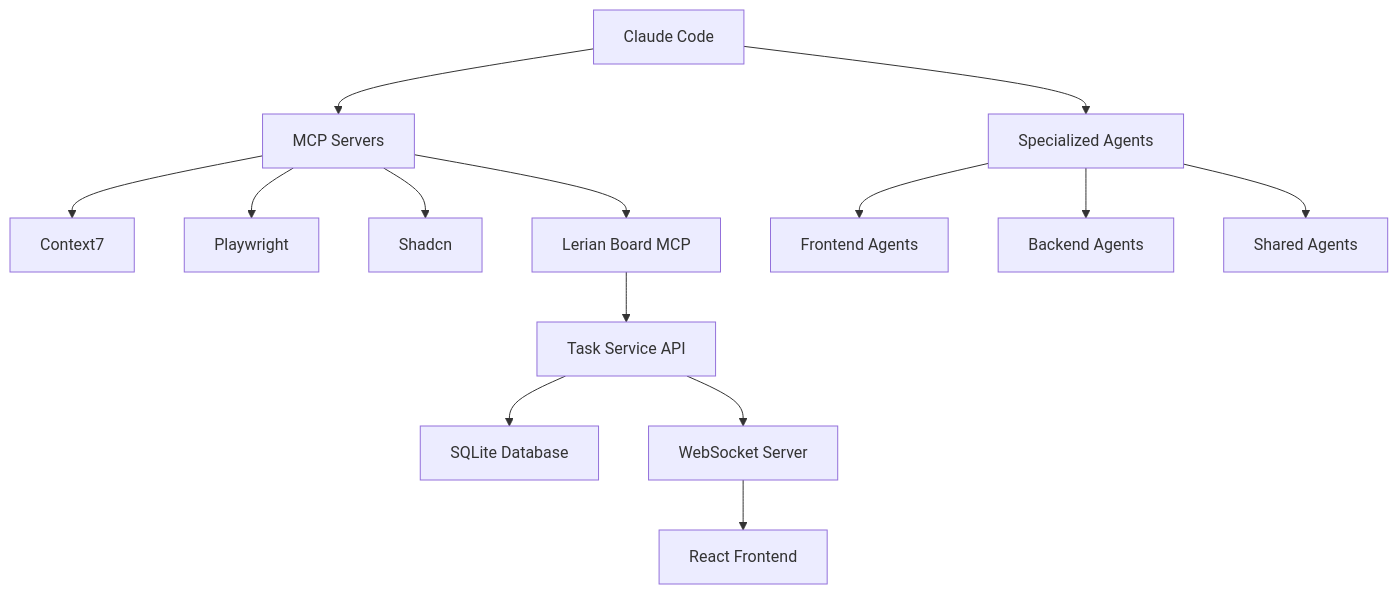
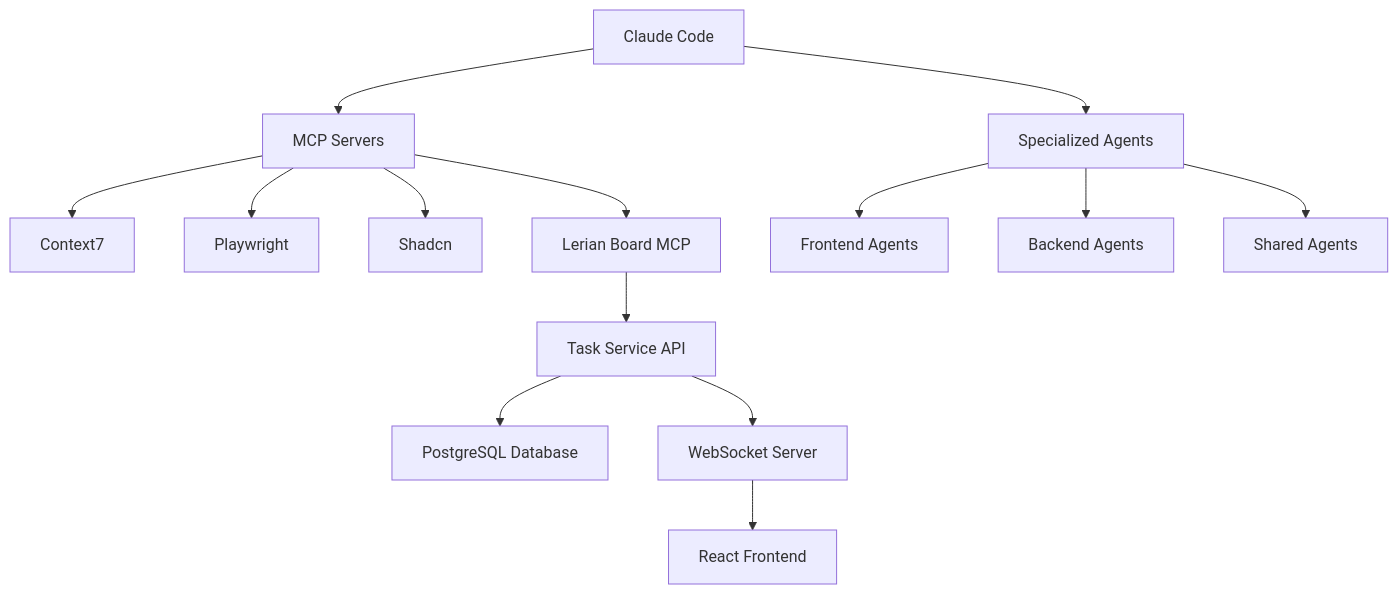
One commit to LerianStudio/ai-prompts changed the diagram in README.md. Above: the diagram before and after it, drawn with Mermaid. The commit also changed other lines of this file and 96 other files, not shown here.

````diff
--- a/README.md
+++ b/README.md
@@ -282,16 +281,16 @@
 ```mermaid
 graph TD;
     A[Claude Code] --> B[MCP Servers];
     B --> C[Context7];
     B --> D[Playwright];
     B --> E[Shadcn];
     B --> F[Lerian Board MCP];
     F --> G[Task Service API];
-    G --> H[SQLite Database];
+    G --> H[PostgreSQL Database];
     G --> I[WebSocket Server];
     I --> J[React Frontend];
     A --> K[Specialized Agents];
     K --> L[Frontend Agents];
     K --> M[Backend Agents];
     K --> N[Shared Agents];
 ```
````
